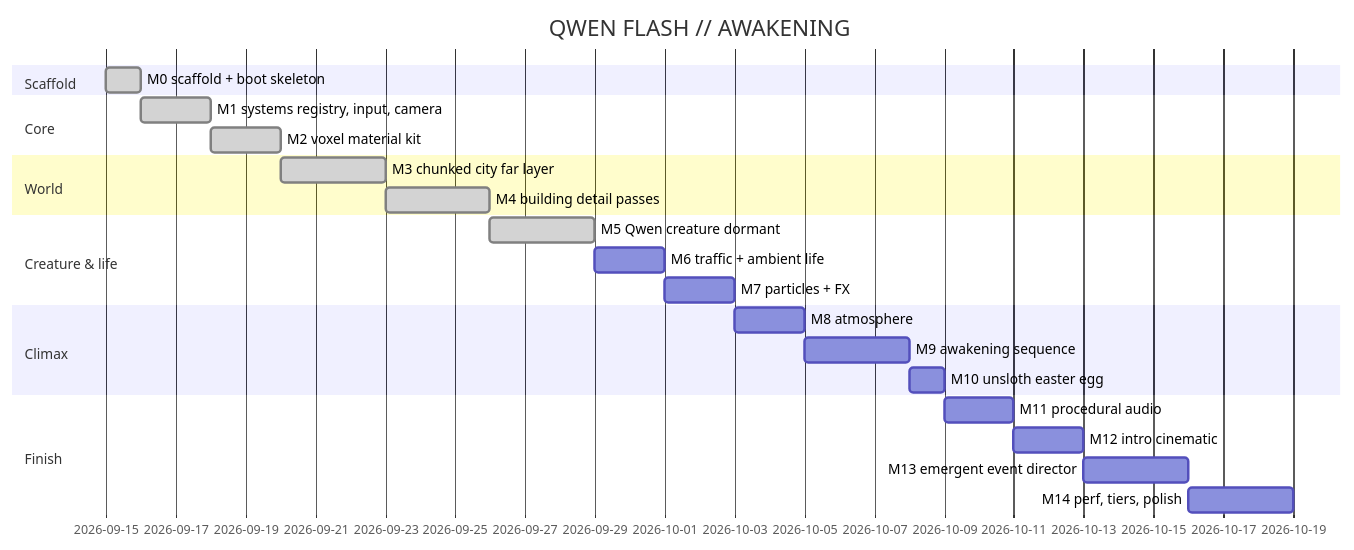
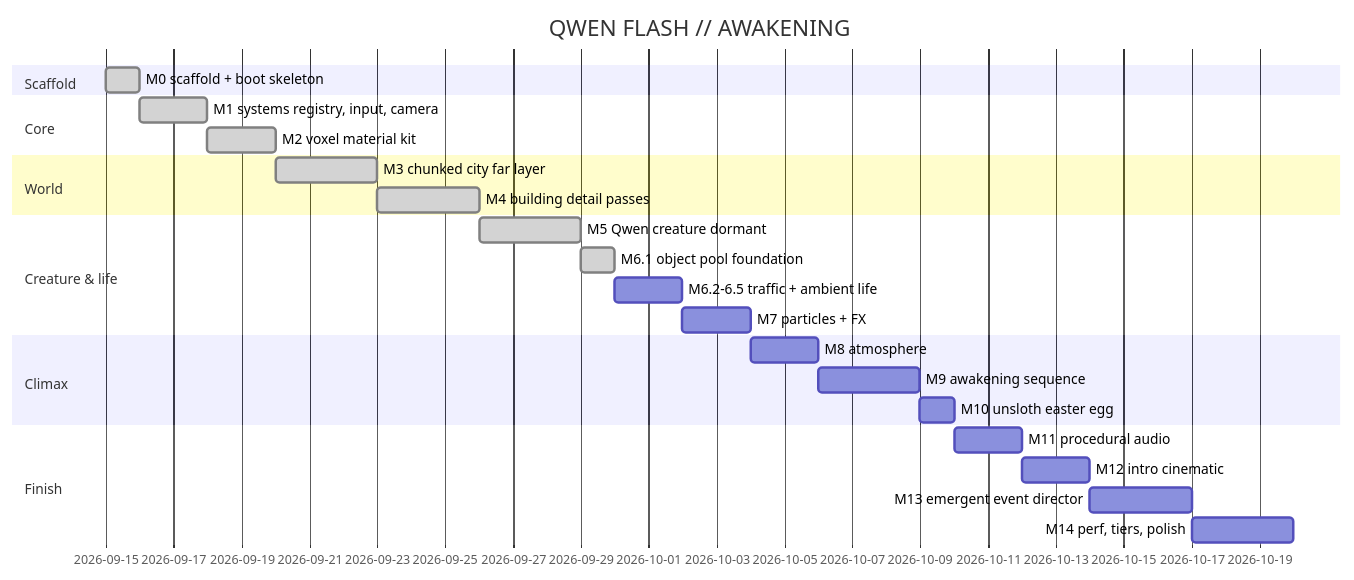
One commit to dilled/3dVoxelDemo changed the diagram in brain/roadmap.md. Above: the diagram before and after it, drawn with Mermaid. The commit also changed other lines of this file and 10 other files, not shown here.

Commit message:
M6.1: generic object-pool foundation — POOL helper (fixed capacity at init, zero-new acquire/release)

````diff
--- a/brain/roadmap.md
+++ b/brain/roadmap.md
@@ -12,26 +12,27 @@
 ```mermaid
 gantt
   title QWEN FLASH // AWAKENING
   dateFormat YYYY-MM-DD
   section Scaffold
   M0 scaffold + boot skeleton :done, m0, 2026-09-15, 1d
   section Core
   M1 systems registry, input, camera :done, m1, after m0, 2d
   M2 voxel material kit :done, m2, after m1, 2d
   section World
   M3 chunked city far layer :done, m3, after m2, 3d
   M4 building detail passes :done, m4, after m3, 3d
   section Creature & life
   M5 Qwen creature dormant :done, m5, after m4, 3d
-  M6 traffic + ambient life :m6, after m5, 2d
+  M6.1 object pool foundation :done, m61, after m5, 1d
+  M6.2-6.5 traffic + ambient life :m6, after m61, 2d
   M7 particles + FX :m7, after m6, 2d
   section Climax
   M8 atmosphere :m8, after m7, 2d
   M9 awakening sequence :m9, after m8, 3d
   M10 unsloth easter egg :m10, after m9, 1d
   section Finish
   M11 procedural audio :m11, after m10, 2d
   M12 intro cinematic :m12, after m11, 2d
   M13 emergent event director :m13, after m12, 3d
   M14 perf, tiers, polish :m14, after m13, 3d
 ```
````
